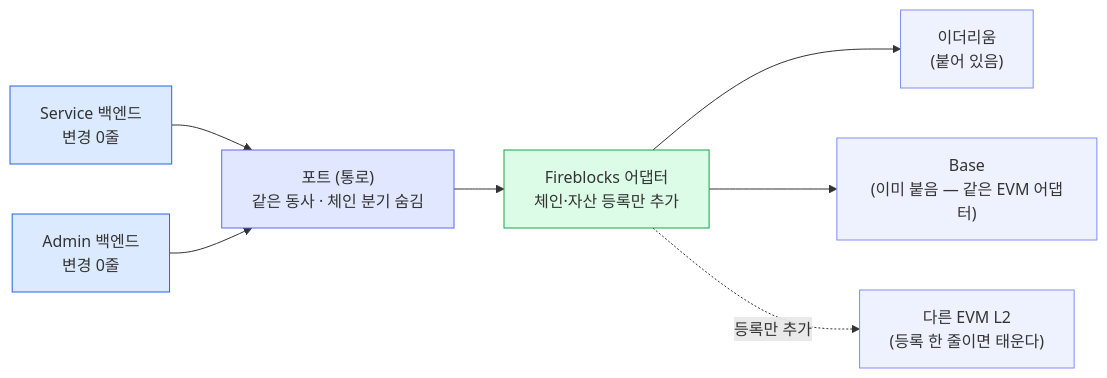
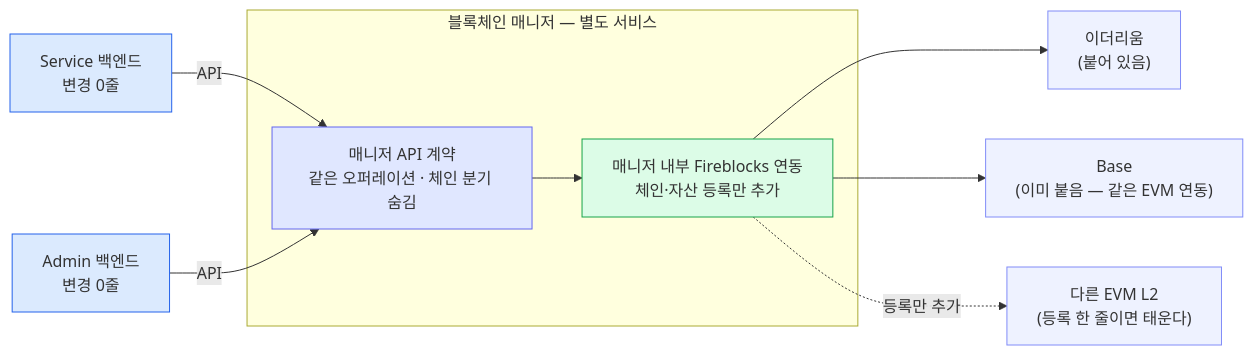
The first of 4 diagrams in blockchain-manager/docs/설계/09-switch-extend.md (eunsujeo/eunpus), drawn with Mermaid before and after one commit. The commit also changed other lines of this file and 10 other files, not shown here.

First line of the commit message:
칸반 문서: 아키텍처 경계 전면 전환 — 포트/어댑터 → 매니저 API + 웹소켓

````diff
--- a/blockchain-manager/docs/설계/09-switch-extend.md
+++ b/blockchain-manager/docs/설계/09-switch-extend.md
@@ -16,23 +16,25 @@
 ```mermaid
 flowchart LR
     SVC["Service 백엔드<br/>변경 0줄"]
     ADM["Admin 백엔드<br/>변경 0줄"]
-    PORT["포트 (통로)<br/>같은 동사 · 체인 분기 숨김"]
-    ADP["Fireblocks 어댑터<br/>체인·자산 등록만 추가"]
+    subgraph BM["블록체인 매니저 — 별도 서비스"]
+      CONTRACT["매니저 API 계약<br/>같은 오퍼레이션 · 체인 분기 숨김"]
+      FBI["매니저 내부 Fireblocks 연동<br/>체인·자산 등록만 추가"]
+    end
     ETH["이더리움<br/>(붙어 있음)"]
-    BASE["Base<br/>(이미 붙음 — 같은 EVM 어댑터)"]
+    BASE["Base<br/>(이미 붙음 — 같은 EVM 연동)"]
     L2["다른 EVM L2<br/>(등록 한 줄이면 태운다)"]
 
-    SVC --> PORT
-    ADM --> PORT
-    PORT --> ADP
-    ADP --> ETH
-    ADP --> BASE
-    ADP -.등록만 추가.-> L2
+    SVC -->|API| CONTRACT
+    ADM -->|API| CONTRACT
+    CONTRACT --> FBI
+    FBI --> ETH
+    FBI --> BASE
+    FBI -.등록만 추가.-> L2
 
     classDef be fill:#dbeafe,stroke:#2563eb;
     classDef port fill:#e0e7ff,stroke:#6366f1;
     classDef impl fill:#dcfce7,stroke:#16a34a;
     classDef chain fill:#eef2ff,stroke:#818cf8;
-    class SVC,ADM be; class PORT port; class ADP impl; class ETH,BASE,L2 chain;
+    class SVC,ADM be; class CONTRACT port; class FBI impl; class ETH,BASE,L2 chain;
 ```
````
